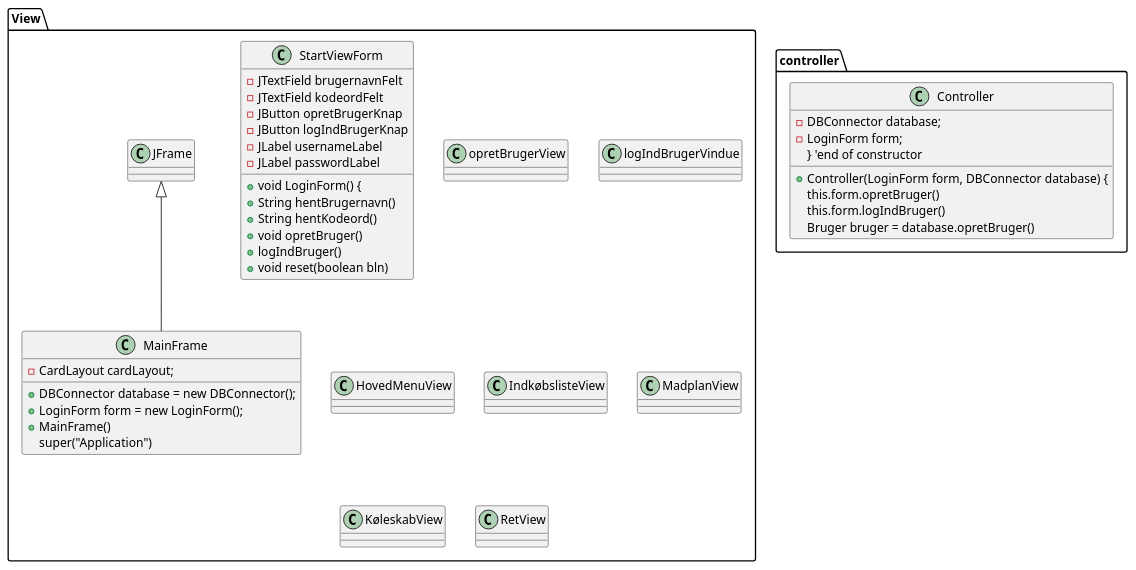
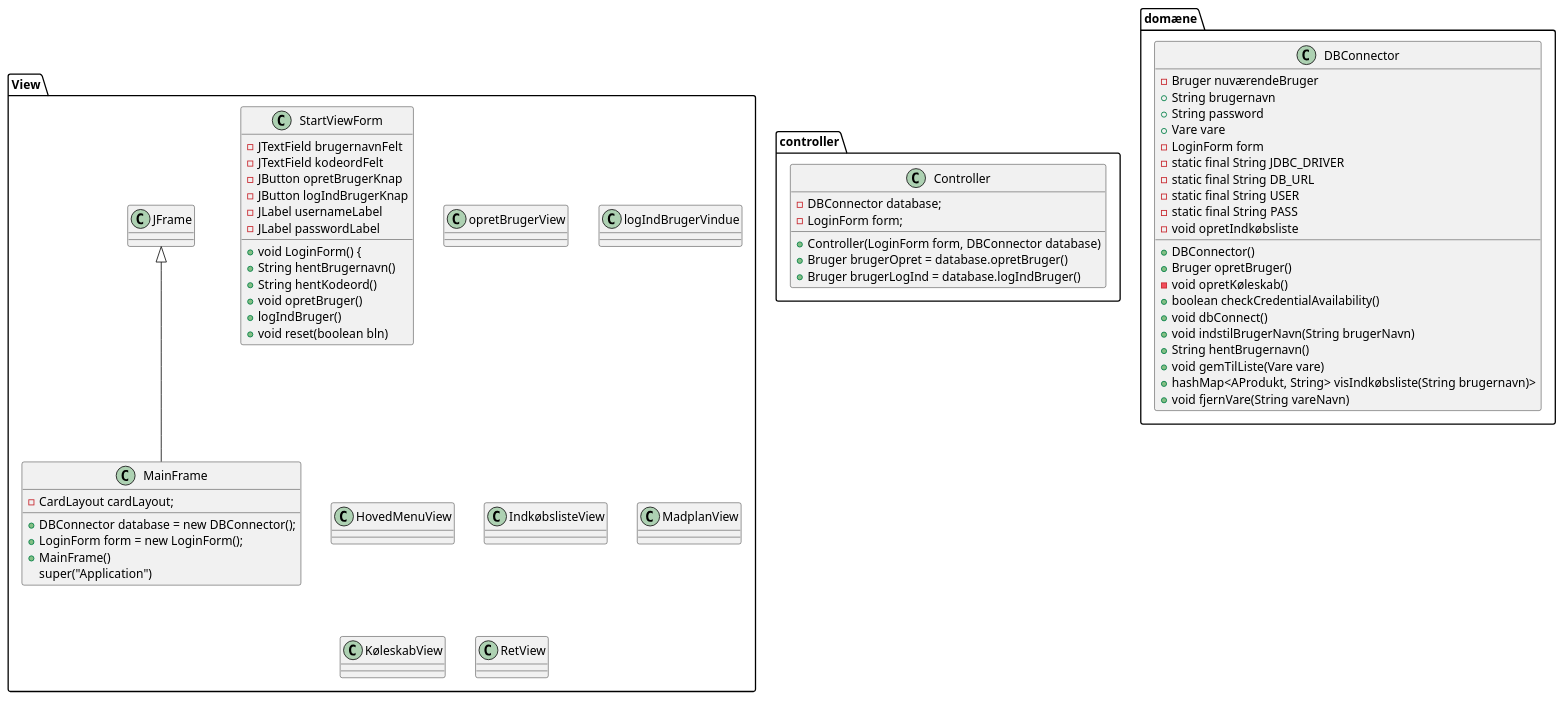
Before and after one commit to mrPrimeBeef/1.-Sem-ICE: the diagram in ICE indkoebsListe/Doc/Static/KlasseDiagramGUIv1.puml, drawn with PlantUML.

```diff
--- a/ICE indkoebsListe/Doc/Static/KlasseDiagramGUIv1.puml
+++ b/ICE indkoebsListe/Doc/Static/KlasseDiagramGUIv1.puml
@@ -1,61 +1,84 @@
 @startuml
 'https://plantuml.com/class-diagram
 
 package View {
 class StartViewForm {
 - JTextField brugernavnFelt
 - JTextField kodeordFelt
 - JButton opretBrugerKnap
 - JButton logIndBrugerKnap
 - JLabel usernameLabel
 - JLabel passwordLabel
 + void LoginForm() {
 + String hentBrugernavn()
 + String hentKodeord()
 + void opretBruger()
 + logIndBruger()
 + void reset(boolean bln)
 }
 
 class MainFrame extends JFrame {
 - CardLayout cardLayout;
 + DBConnector database = new DBConnector();
 + LoginForm form = new LoginForm();
 + MainFrame()
 super("Application")
 
 }
 
 class opretBrugerView {
 }
 class logIndBrugerVindue {
 }
 class HovedMenuView {
 }
 class IndkøbslisteView {
 }
 class MadplanView {
 }
 class KøleskabView {
 }
 class RetView {
 }
 
 }
 
 package controller {
 class Controller {
 - DBConnector database;
 - LoginForm form;
-+ Controller(LoginForm form, DBConnector database) {
-this.form.opretBruger()
-this.form.logIndBruger()
-} 'end of constructor
++ Controller(LoginForm form, DBConnector database)
++ Bruger brugerOpret = database.opretBruger()
++ Bruger brugerLogInd = database.logIndBruger()
+}
+}
 
-Bruger bruger = database.opretBruger()
+package domæne {
+class DBConnector {
+- Bruger nuværendeBruger
++ String brugernavn
++ String password
++ Vare vare
+- LoginForm form
+- static final String JDBC_DRIVER
+- static final String DB_URL
+- static final String USER
+- static final String PASS
++ DBConnector()
++ Bruger opretBruger()
+- void opretKøleskab()
+- void opretIndkøbsliste
++ boolean checkCredentialAvailability()
++ void dbConnect()
++ void indstilBrugerNavn(String brugerNavn)
++ String hentBrugernavn()
++ void gemTilListe(Vare vare)
++ hashMap<AProdukt, String> visIndkøbsliste(String brugernavn)>
++ void fjernVare(String vareNavn)
+
 }
 }
 
 
 
 @enduml
```
